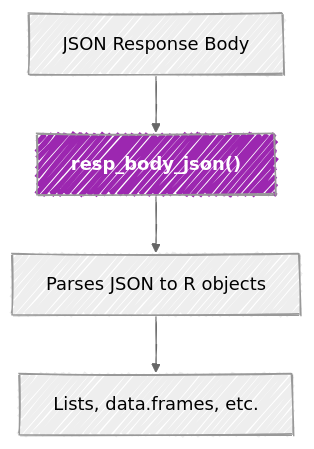
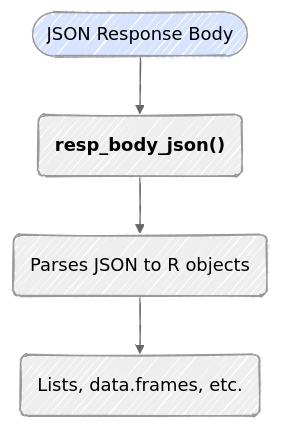
The fifth of 10 diagrams in r-app-api.qmd (mjfrigaard/do4ds-labs), drawn with Mermaid before and after one commit. The commit also changed other lines of this file and 18 other files, not shown here.

````diff
--- a/r-app-api.qmd
+++ b/r-app-api.qmd
@@ -421,14 +421,13 @@
 ```{mermaid}
 %%| fig-width: 6.5
 %%| fig-align: center
 %%{init: {'theme': 'neutral', 'look': 'handDrawn', 'themeVariables': { 'fontFamily': 'monospace'}}}%%
 
 graph TD
+      A(["JSON Response Body"]) --> B("<strong>resp_body_json()</strong>")
+      B --> C("Parses JSON to R objects")
+      C --> D("Lists, data.frames, etc.")
 
-A[JSON Response Body] --> B["<strong>resp_body_json()</strong>"]
-B --> C[Parses JSON to R objects]
-C --> D[Lists, data.frames, etc.]
-
-style B fill:#9c27b0,color:#fff
+style A fill:#d8e4ff
 
 ```
````
